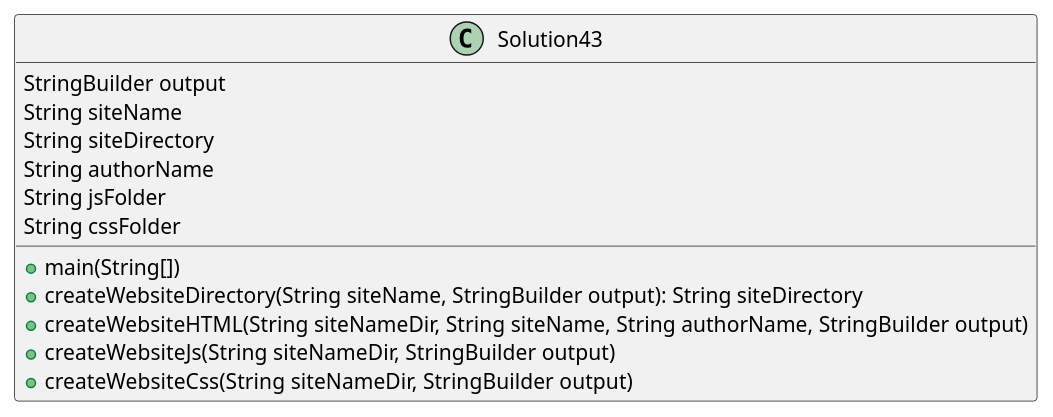
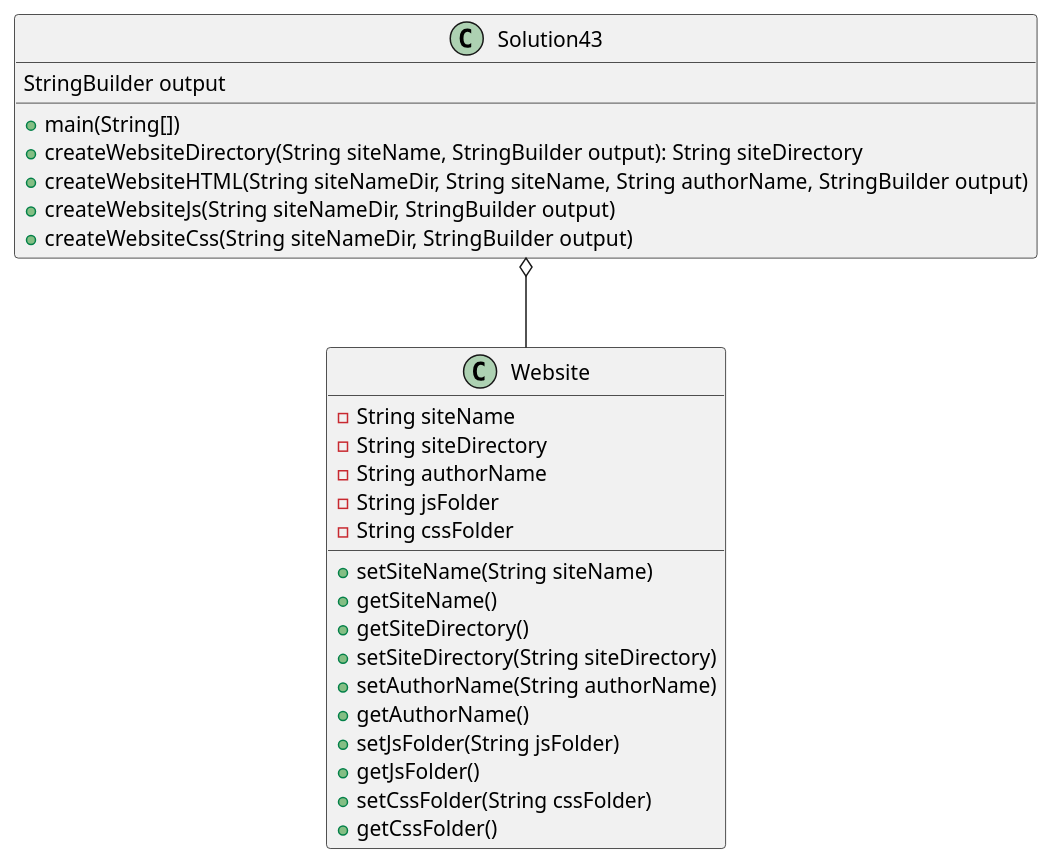
One commit to nader-fares/fares-a04 changed the diagram in exercise43/docs/main.puml. Above: the diagram before and after it, drawn with PlantUML. The commit also changed 58 other files, not shown here.

```diff
--- a/exercise43/docs/main.puml
+++ b/exercise43/docs/main.puml
@@ -1,17 +1,31 @@
 @startuml
 'https://plantuml.com/sequence-diagram
 class Solution43 {
 StringBuilder output
-String siteName
-String siteDirectory
-String authorName
-String jsFolder
-String cssFolder
 +main(String[])
 +createWebsiteDirectory(String siteName, StringBuilder output): String siteDirectory
 +createWebsiteHTML(String siteNameDir, String siteName, String authorName, StringBuilder output)
 +createWebsiteJs(String siteNameDir, StringBuilder output)
 +createWebsiteCss(String siteNameDir, StringBuilder output)
 }
 
+class Website {
+-String siteName
+-String siteDirectory
+-String authorName
+-String jsFolder
+-String cssFolder
++setSiteName(String siteName)
++getSiteName()
++getSiteDirectory()
++setSiteDirectory(String siteDirectory)
++setAuthorName(String authorName)
++getAuthorName()
++setJsFolder(String jsFolder)
++getJsFolder()
++setCssFolder(String cssFolder)
++getCssFolder()
+}
+
+Solution43 o-- Website
 @enduml
```
